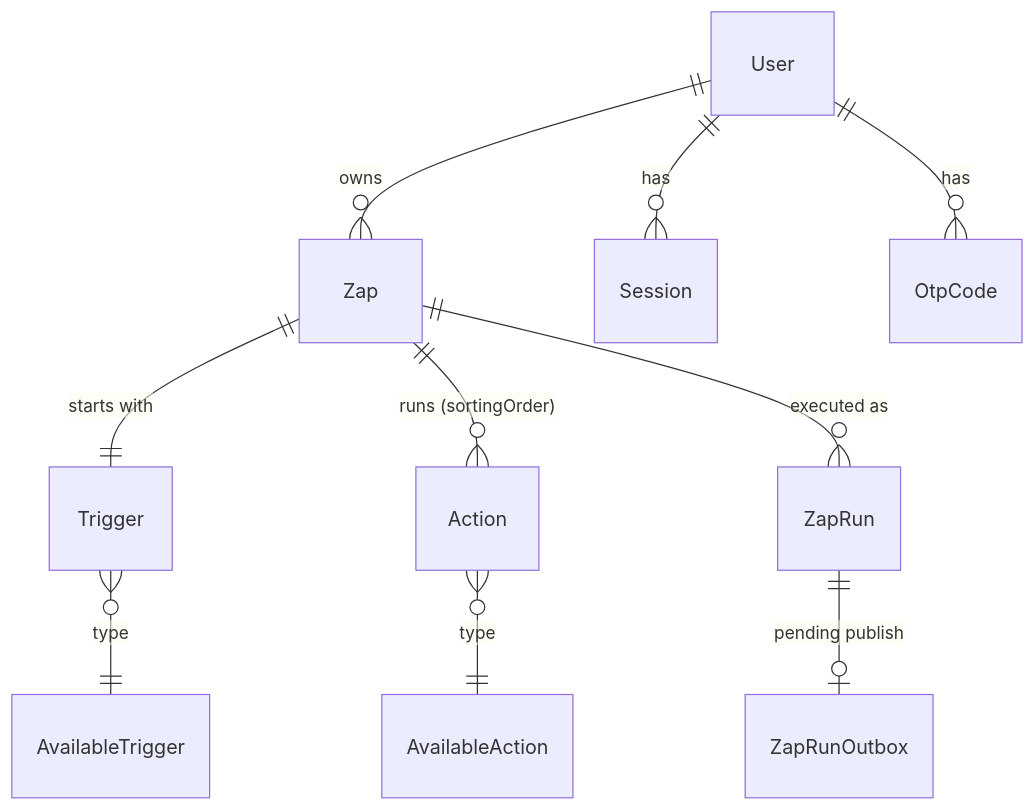
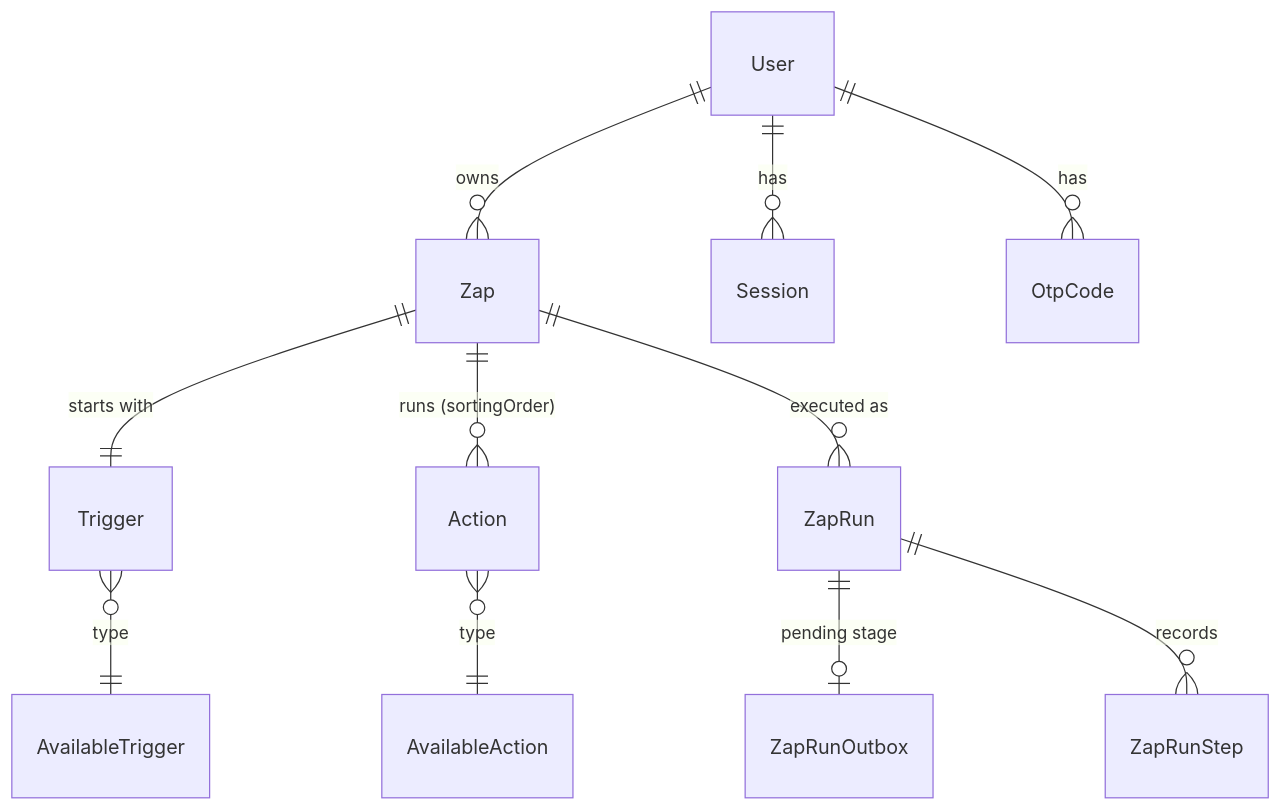
Before and after one commit to bixl007/Integrix: the second of 3 diagrams in ARCHITECTURE.md, drawn with Mermaid. The commit also changed other lines of this file and 32 other files, not shown here.

First line of the commit message:
feat: run history, step results and failure emails

````diff
--- a/ARCHITECTURE.md
+++ b/ARCHITECTURE.md
@@ -46,12 +46,13 @@
 ```mermaid
 erDiagram
   User ||--o{ Zap : owns
   User ||--o{ Session : has
   User ||--o{ OtpCode : has
   Zap ||--|| Trigger : "starts with"
   Zap ||--o{ Action : "runs (sortingOrder)"
   Zap ||--o{ ZapRun : "executed as"
   Trigger }o--|| AvailableTrigger : "type"
   Action }o--|| AvailableAction : "type"
-  ZapRun ||--o| ZapRunOutbox : "pending publish"
+  ZapRun ||--o| ZapRunOutbox : "pending stage"
+  ZapRun ||--o{ ZapRunStep : "records"
 ```
````
